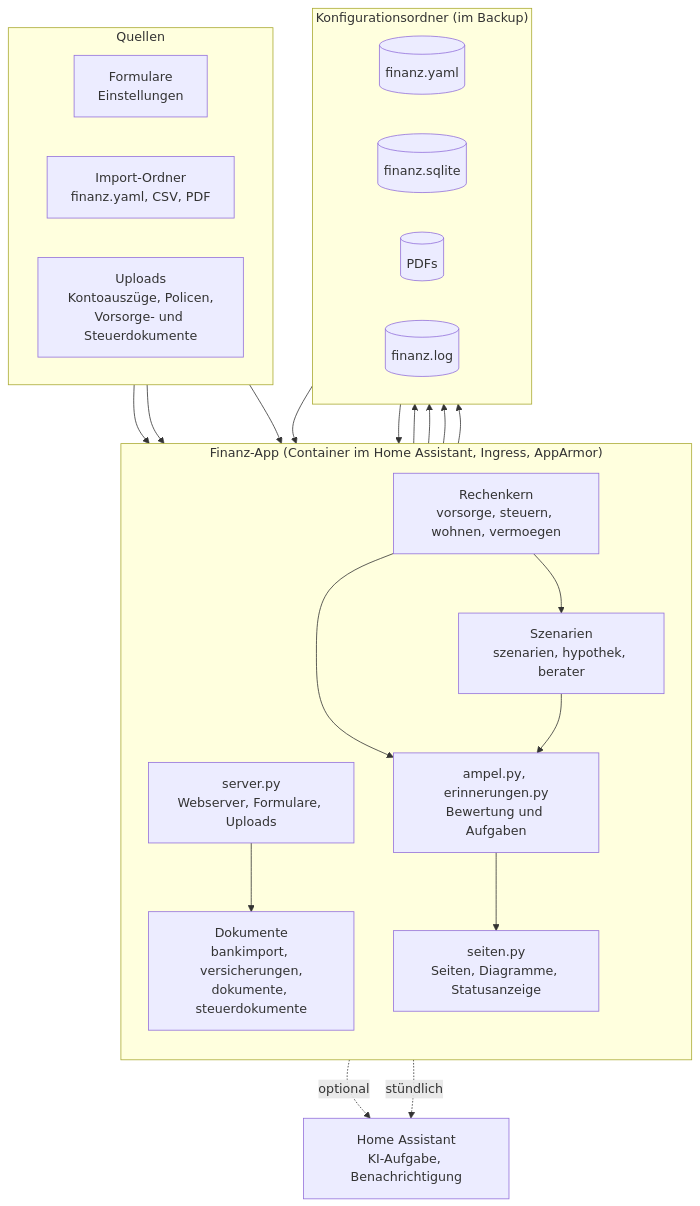
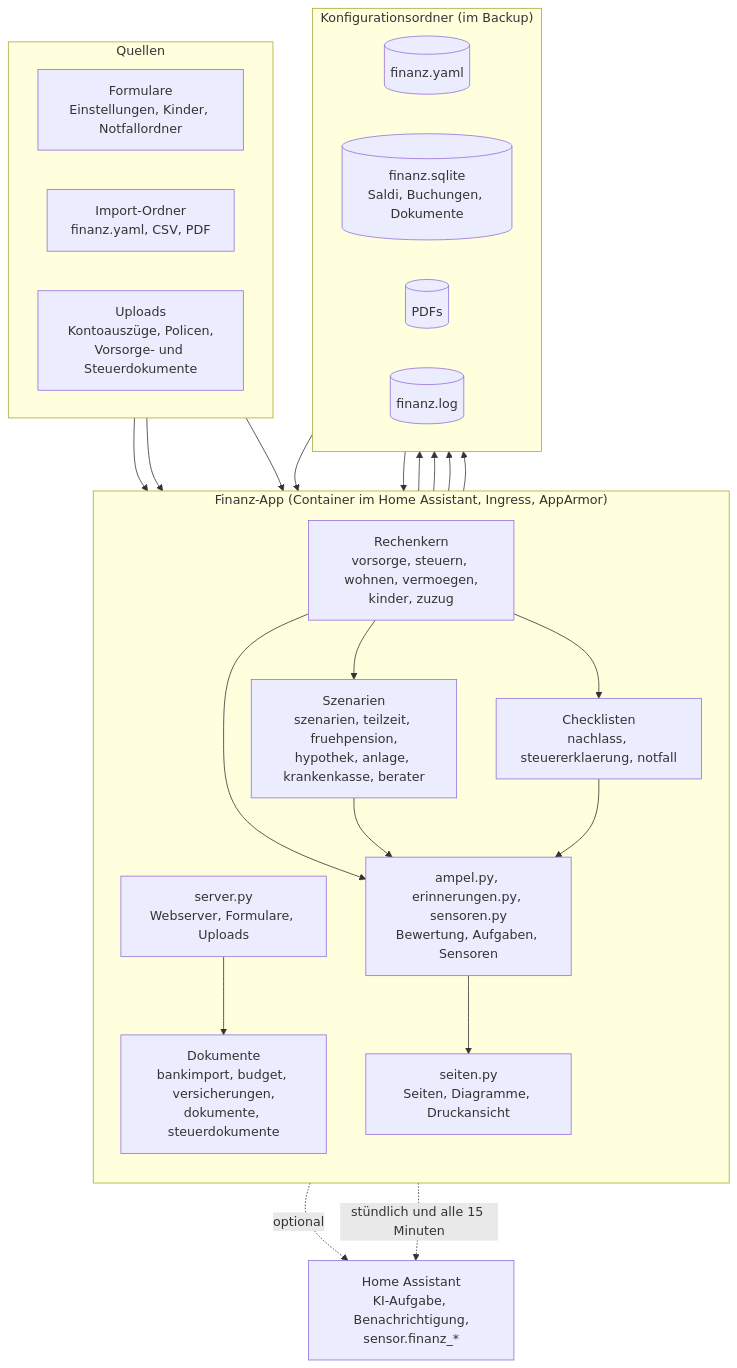
Before and after one commit to khu1985/finanz-ha: the diagram in docs/architektur.mmd, drawn with Mermaid. The commit also changed 15 other files, not shown here.

First line of the commit message:
Doku: Diagramme auf Stand 0.16.0, automatische Prüfung der Dokumentation

```diff
--- a/docs/architektur.mmd
+++ b/docs/architektur.mmd
@@ -1,32 +1,34 @@
 flowchart TB
     subgraph Quellen
         direction LR
-        F["Formulare<br/>Einstellungen"]
+        F["Formulare<br/>Einstellungen, Kinder, Notfallordner"]
         I["Import-Ordner<br/>finanz.yaml, CSV, PDF"]
         U["Uploads<br/>Kontoauszüge, Policen,<br/>Vorsorge- und Steuerdokumente"]
     end
     subgraph App["Finanz-App (Container im Home Assistant, Ingress, AppArmor)"]
         direction TB
         S["server.py<br/>Webserver, Formulare, Uploads"]
-        D["Dokumente<br/>bankimport, versicherungen,<br/>dokumente, steuerdokumente"]
-        K["Rechenkern<br/>vorsorge, steuern, wohnen, vermoegen"]
-        Z["Szenarien<br/>szenarien, hypothek, berater"]
-        A["ampel.py, erinnerungen.py<br/>Bewertung und Aufgaben"]
-        SE["seiten.py<br/>Seiten, Diagramme, Statusanzeige"]
+        D["Dokumente<br/>bankimport, budget, versicherungen,<br/>dokumente, steuerdokumente"]
+        K["Rechenkern<br/>vorsorge, steuern, wohnen, vermoegen,<br/>kinder, zuzug"]
+        Z["Szenarien<br/>szenarien, teilzeit, fruehpension,<br/>hypothek, anlage, krankenkasse, berater"]
+        C["Checklisten<br/>nachlass, steuererklaerung, notfall"]
+        A["ampel.py, erinnerungen.py, sensoren.py<br/>Bewertung, Aufgaben, Sensoren"]
+        SE["seiten.py<br/>Seiten, Diagramme, Druckansicht"]
     end
     subgraph Daten["Konfigurationsordner (im Backup)"]
         direction LR
         Y[("finanz.yaml")]
-        DB[("finanz.sqlite")]
+        DB[("finanz.sqlite<br/>Saldi, Buchungen, Dokumente")]
         P[("PDFs")]
         L[("finanz.log")]
     end
-    HA["Home Assistant<br/>KI-Aufgabe, Benachrichtigung"]
+    HA["Home Assistant<br/>KI-Aufgabe, Benachrichtigung,<br/>sensor.finanz_*"]
     F & I & U --> S
     S --> D --> DB & P
     S --> Y
     Y & DB --> K --> Z
-    K & Z --> A --> SE
+    K --> C
+    K & Z & C --> A --> SE
     Z -. optional .-> HA
-    A -. stündlich .-> HA
+    A -. stündlich und alle 15 Minuten .-> HA
     S --> L
```
